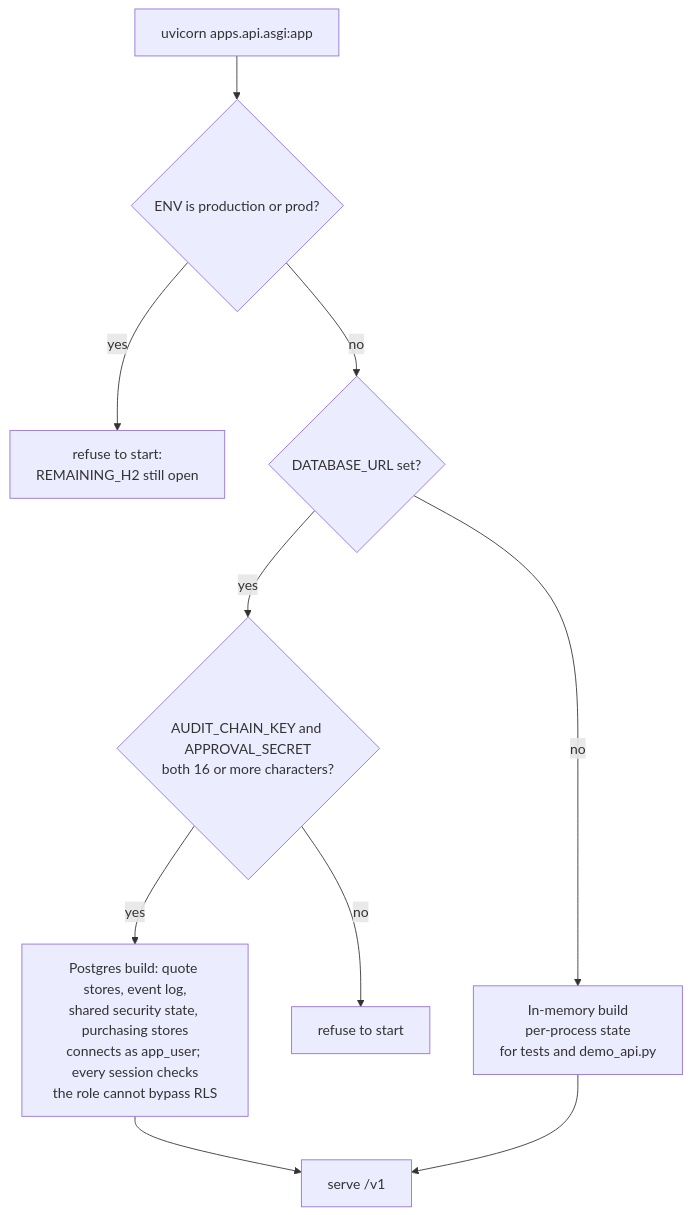
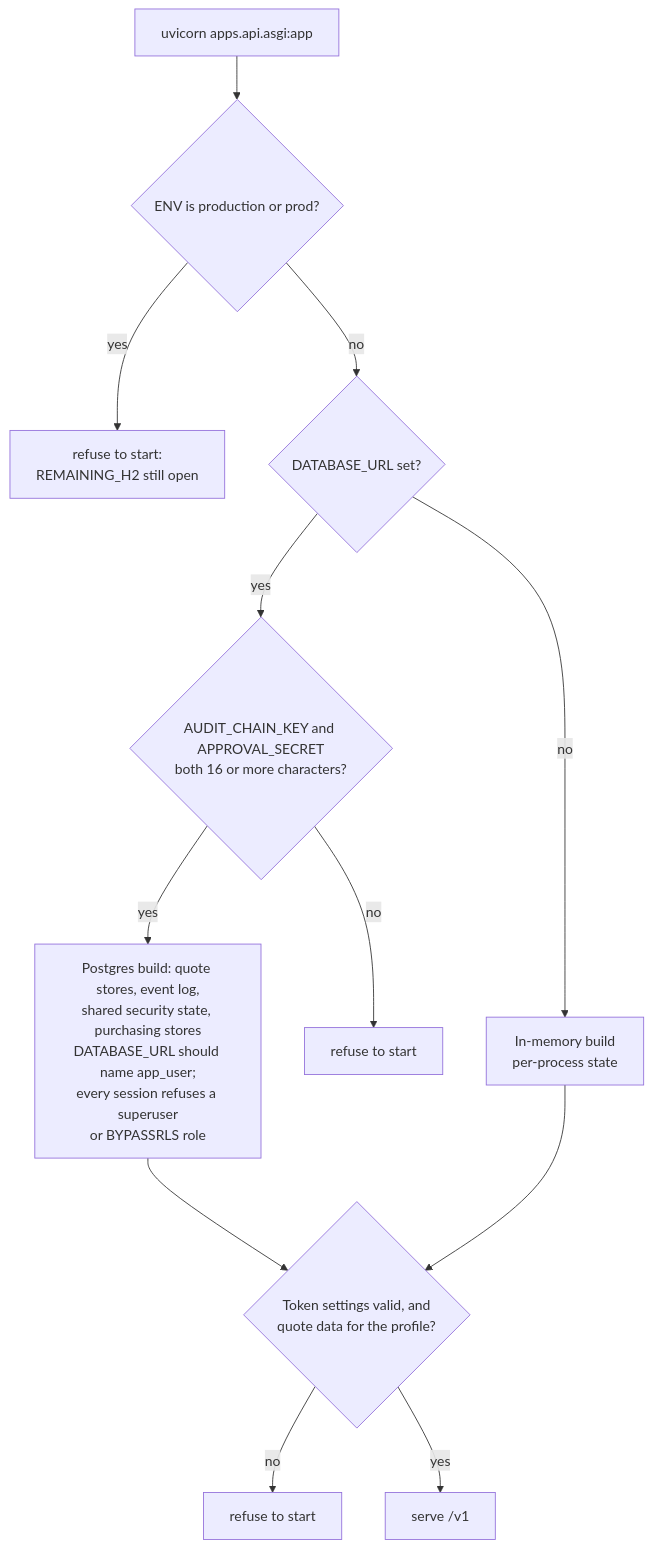
The fifth of 5 diagrams in docs/technical/01-system-overview.md (emre-akarsu/ai-commerce-ideas), drawn with Mermaid before and after one commit. The commit also changed other lines of this file, not shown here.

````diff
--- a/docs/technical/01-system-overview.md
+++ b/docs/technical/01-system-overview.md
@@ -215,12 +227,14 @@
 ```mermaid
 flowchart TB
   start["uvicorn apps.api.asgi:app"] --> prod{"ENV is production or prod?"}
   prod -->|yes| refuse["refuse to start:<br/>REMAINING_H2 still open"]
   prod -->|no| env{"DATABASE_URL set?"}
-  env -->|no| mem["In-memory build<br/>per-process state<br/>for tests and demo_api.py"]
+  env -->|no| mem["In-memory build<br/>per-process state"]
   env -->|yes| keys{"AUDIT_CHAIN_KEY and APPROVAL_SECRET<br/>both 16 or more characters?"}
   keys -->|no| fail["refuse to start"]
-  keys -->|yes| pg["Postgres build: quote stores, event log,<br/>shared security state, purchasing stores<br/>connects as app_user; every session checks<br/>the role cannot bypass RLS"]
-  pg --> run["serve /v1"]
-  mem --> run
+  keys -->|yes| pg["Postgres build: quote stores, event log,<br/>shared security state, purchasing stores<br/>DATABASE_URL should name app_user;<br/>every session refuses a superuser<br/>or BYPASSRLS role"]
+  pg --> chk{"Token settings valid, and<br/>quote data for the profile?"}
+  mem --> chk
+  chk -->|no| fail2["refuse to start"]
+  chk -->|yes| run["serve /v1"]
 ```
````
